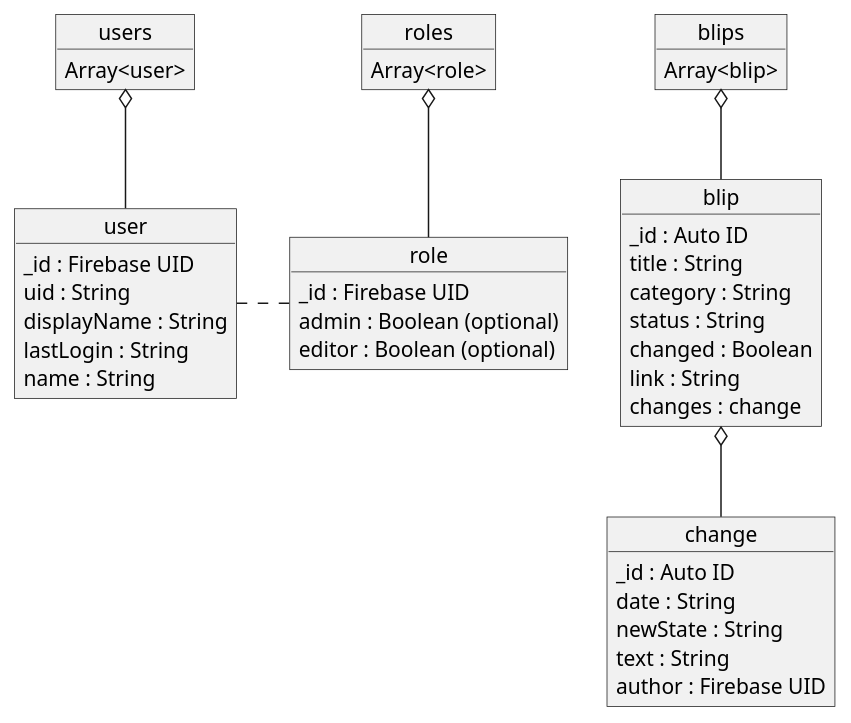
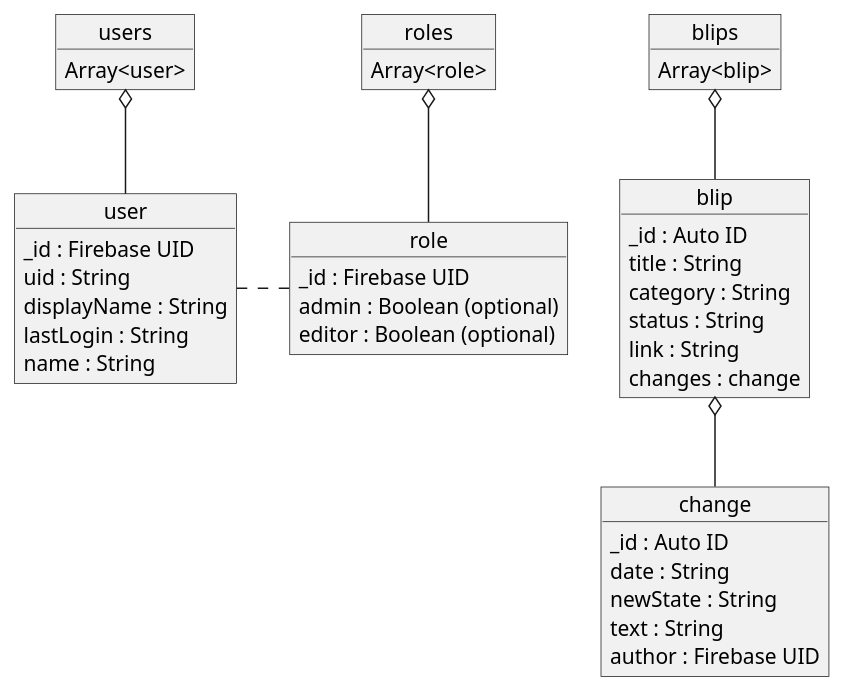
One commit to devradar/devradar changed the diagram in assets/firestore.puml. Above: the diagram before and after it, drawn with PlantUML. The commit also changed 5 other files, not shown here.

```diff
--- a/assets/firestore.puml
+++ b/assets/firestore.puml
@@ -1,51 +1,50 @@
 @startuml firestore_schema
 
 object users
 users : Array<user>
 
 object "user" as user
 user : _id : Firebase UID
 user : uid : String
 user : displayName : String
 user : lastLogin : String
 user : name : String
 
 users o-- user
 
 
 object roles
 roles : Array<role>
 
 object "role" as role
 role : _id : Firebase UID
 role : admin : Boolean (optional)
 role : editor : Boolean (optional)
 
 roles o-- role
 role .left. user
 
 
 object blips
 blips : Array<blip>
 
 object blip
 blip : _id : Auto ID
 blip : title : String
 blip : category : String
 blip : status : String
-blip : changed : Boolean
 blip : link : String
 blip : changes : change
 
 blips o-- blip
 
 object change
 change : _id : Auto ID
 change : date : String
 change : newState : String
 change : text : String
 change : author : Firebase UID
 
 blip o-- change
 
 @enduml
```
